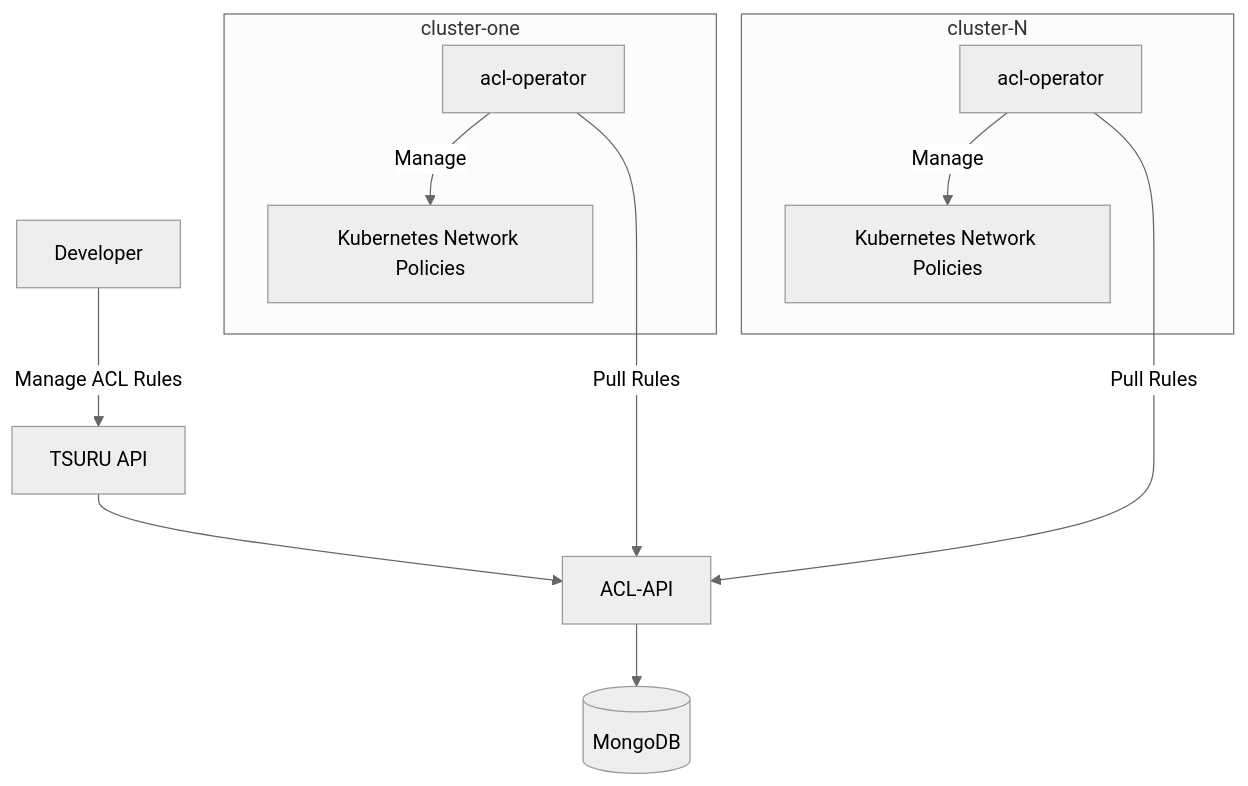
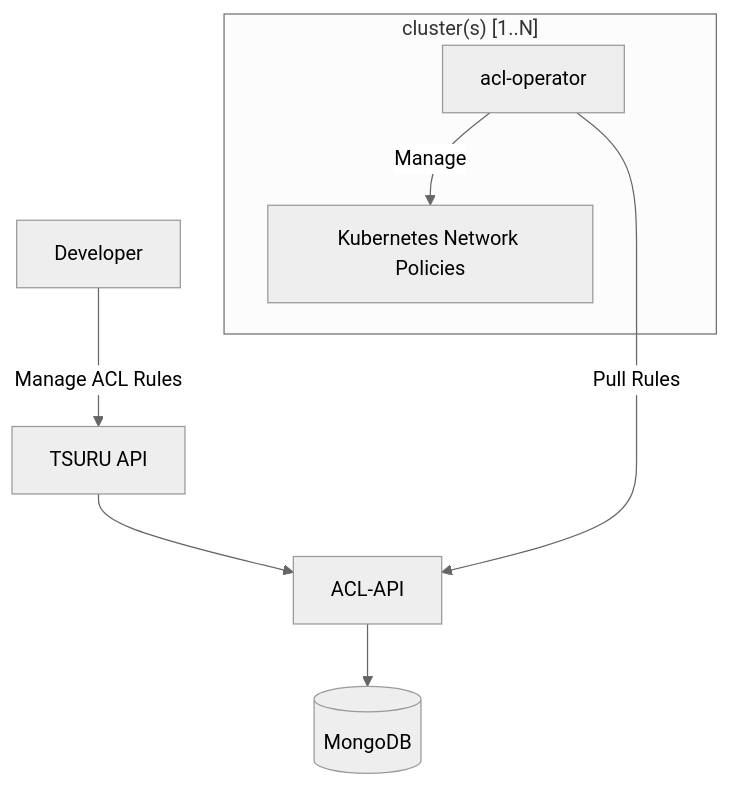
Before and after one commit to tsuru/acl-api: the diagram in README.md, drawn with Mermaid (neutral theme). The commit also changed other lines of this file, not shown here.

Commit message:
simplify arch diagram

````diff
--- a/README.md
+++ b/README.md
@@ -7,36 +7,25 @@
 ```mermaid
 graph TD;
     developer[Developer];
     tsuru[TSURU API];
     aclapi[ACL-API];
     mongodb[(MongoDB)];
-    acl-operator1[acl-operator];
-    acl-operator2[acl-operator];
-    network-policies1[Kubernetes Network Policies]
-    network-policies2[Kubernetes Network Policies]
-
+    acl-operator[acl-operator];
+    network-policies[Kubernetes Network Policies]
 
     developer -- Manage ACL Rules --> tsuru;
     tsuru --> aclapi;
     aclapi --> mongodb;
-    acl-operator1 -- Pull Rules ----> aclapi
-    acl-operator2 -- Pull Rules ----> aclapi
-    
+    acl-operator -- Pull Rules ----> aclapi
+
     click tsuru "https://www.github.com/tsuru/tsuru" "Access github project"
     click aclapi "https://www.github.com/tsuru/acl-api" "Access github project"
 
-    click acl-operator1 "https://www.github.com/tsuru/acl-operator" "Access github project"
-    click acl-operator2 "https://www.github.com/tsuru/acl-operator" "Access github project"
-    
-    click network-policies1 "https://kubernetes.io/docs/concepts/services-networking/network-policies/" "Read more about kubernetes network policies"
-    click network-policies2 "https://kubernetes.io/docs/concepts/services-networking/network-policies/" "Read more about kubernetes network policies"
+    click acl-operator "https://www.github.com/tsuru/acl-operator" "Access github project"
+    click network-policies "https://kubernetes.io/docs/concepts/services-networking/network-policies/" "Read more about kubernetes network policies"
 
-    subgraph cluster-one
-      acl-operator1 -- Manage --> network-policies1
-    end
-    
-    subgraph cluster-N
-      acl-operator2 -- Manage --> network-policies2
+    subgraph "cluster(s) [1..N]"
+      acl-operator -- Manage --> network-policies
     end
 
 ```
````
